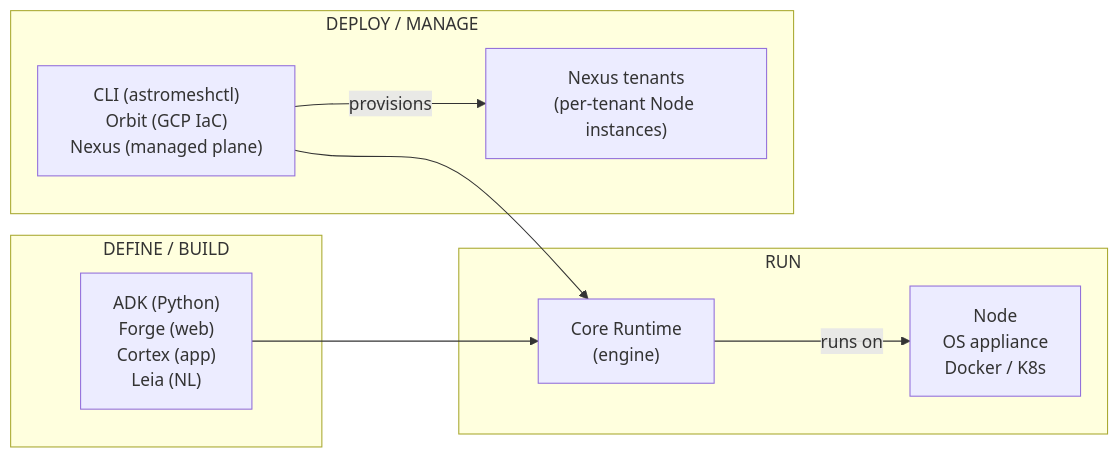
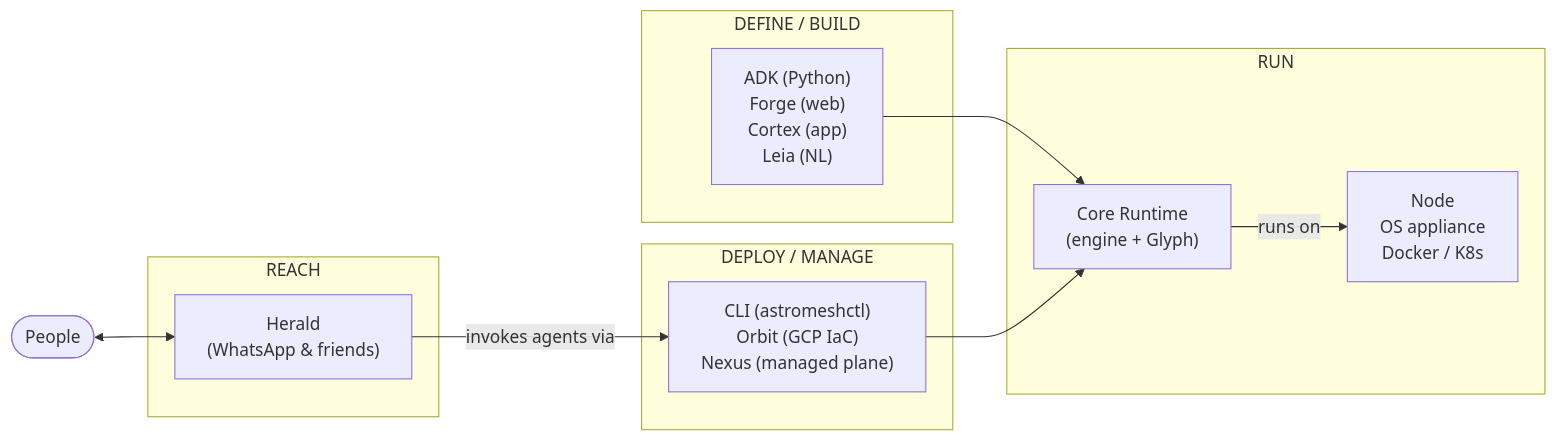
Before and after one commit to monaccode/astromesh: the first of 2 diagrams in docs-site/src/content/docs/getting-started/ecosystem.md, drawn with Mermaid. The commit also changed other lines of this file and 19 other files, not shown here.

````diff
--- a/docs-site/src/content/docs/getting-started/ecosystem.md
+++ b/docs-site/src/content/docs/getting-started/ecosystem.md
@@ -30,27 +34,31 @@
 ```mermaid
 flowchart LR
     subgraph build["DEFINE / BUILD"]
         tools["`ADK (Python)
         Forge (web)
         Cortex (app)
         Leia (NL)`"]
     end
     subgraph run["RUN"]
         core["`Core Runtime
-        (engine)`"]
+        (engine + Glyph)`"]
         infra["`Node
         OS appliance
         Docker / K8s`"]
     end
     subgraph manage["DEPLOY / MANAGE"]
         mgmt["`CLI (astromeshctl)
         Orbit (GCP IaC)
         Nexus (managed plane)`"]
-        tenants["`Nexus tenants
-        (per-tenant Node instances)`"]
     end
+    subgraph reach["REACH"]
+        herald["`Herald
+        (WhatsApp & friends)`"]
+    end
+    people(["People"])
     tools --> core
     mgmt --> core
     core -- runs on --> infra
-    mgmt -- provisions --> tenants
+    people <--> herald
+    herald -- "invokes agents via" --> mgmt
 ```
````
